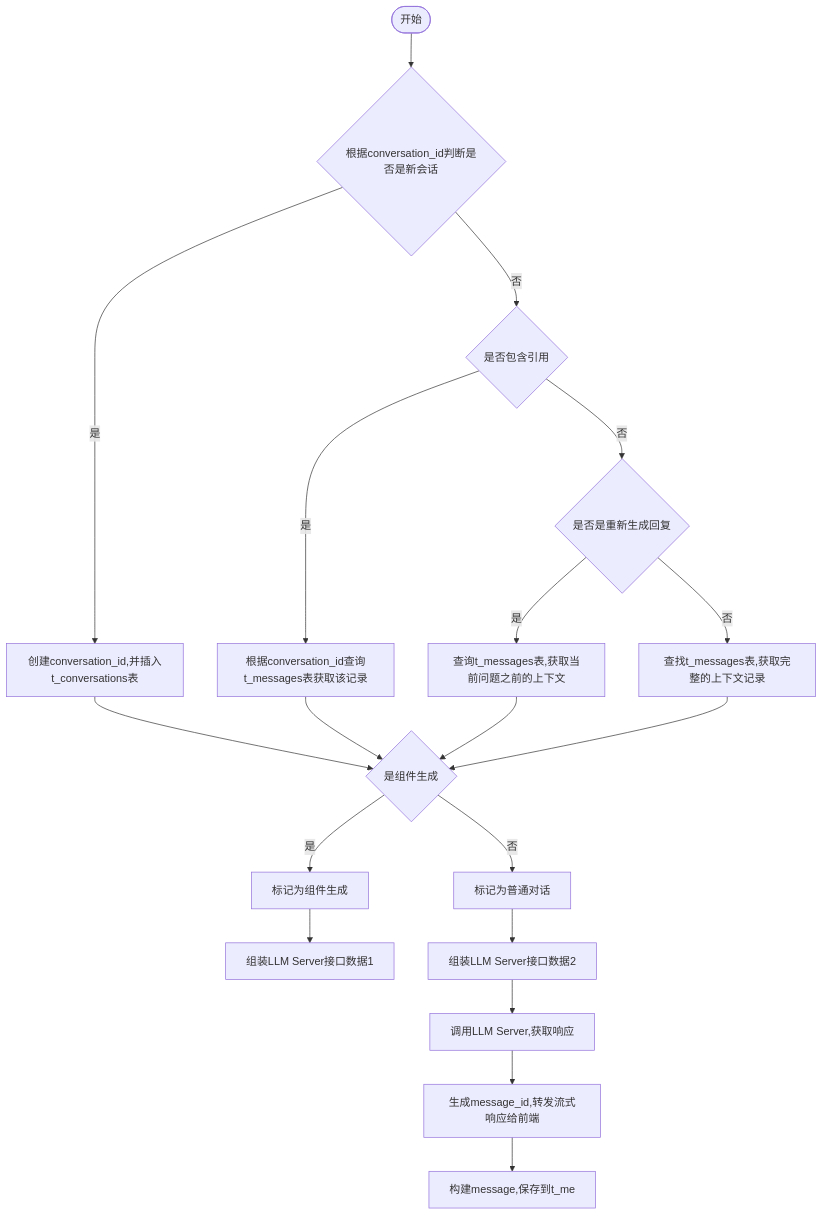
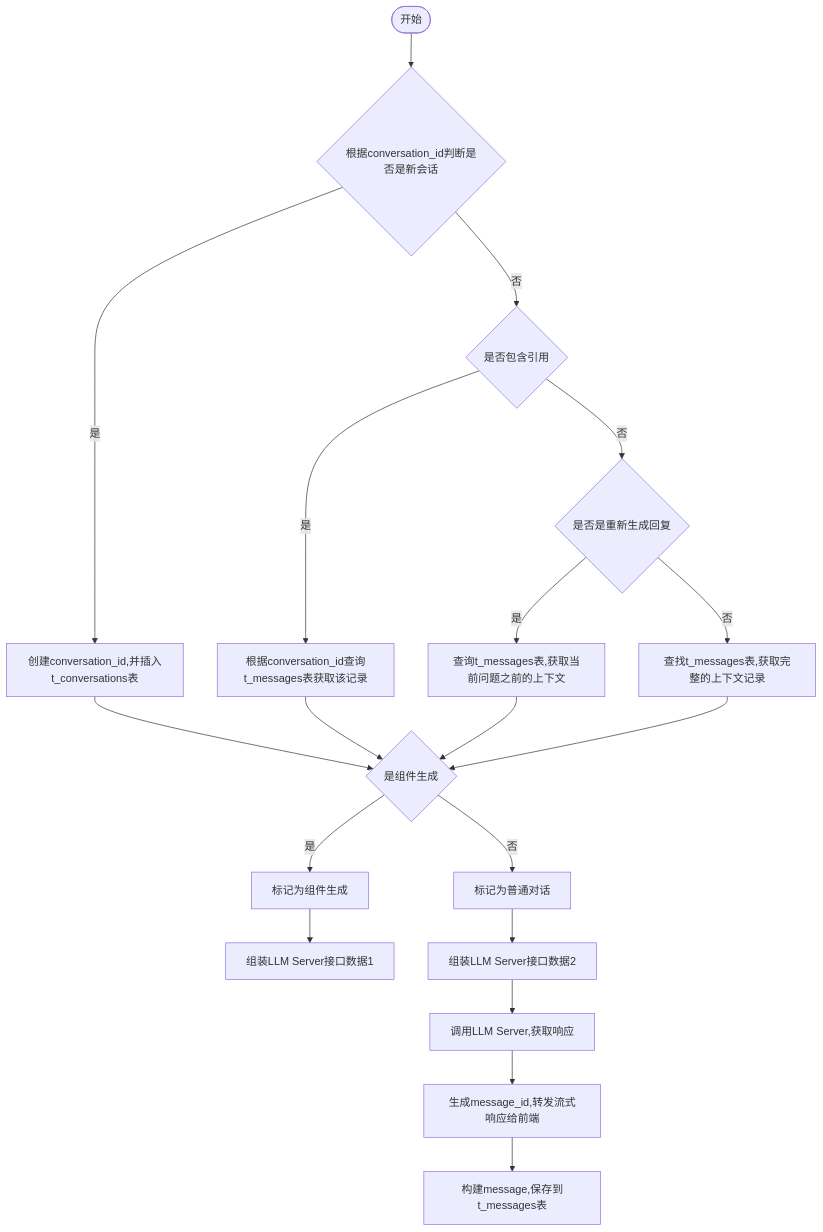
Before and after one commit to yingjianzh/iodraw-files: the diagram in all/未命名-7.md, drawn with Mermaid.

Commit message:
2024-10-12 14:32:45 update

````diff
--- a/all/未命名-7.md
+++ b/all/未命名-7.md
@@ -1,21 +1,21 @@
 ```mermaid
 flowchart TD
     A([开始]) --> B{根据conversation_id判断是否是新会话}
     B -- 是 --> C[创建conversation_id,并插入t_conversations表]
     B -- 否 --> D{是否包含引用}
     D -- 是 --> E[根据conversation_id查询t_messages表获取该记录]
     D -- 否 --> F{是否是重新生成回复}
     F -- 是 --> G[查询t_messages表,获取当前问题之前的上下文]
     F -- 否 --> H[查找t_messages表,获取完整的上下文记录]
      
     C & E & G & H --> I{是组件生成}
     I -- 是 --> J[标记为组件生成]
     I -- 否 --> K[标记为普通对话]
 
     J --> L[组装LLM Server接口数据1]    
     K --> M[组装LLM Server接口数据2]    
     M --> N[调用LLM Server,获取响应]    
     N --> O[生成message_id,转发流式响应给前端]
-    O --> P[构建message,保存到t_me]
+    O --> P[构建message,保存到t_messages表]
 
 ```
````
